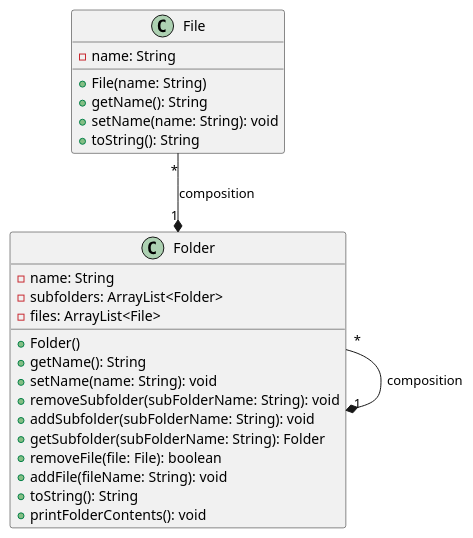
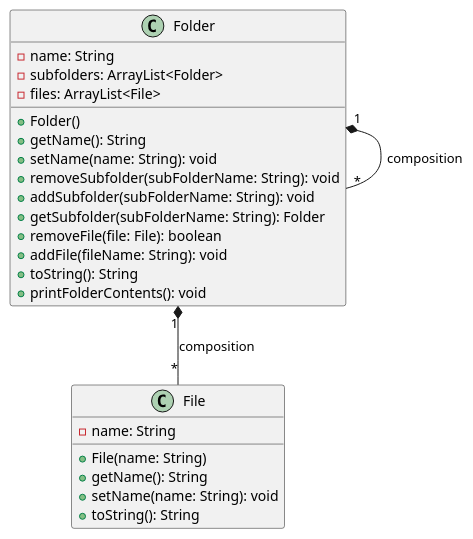
Before and after one commit to fidelisprasetyo/CS5800: the diagram in hw3/Class Diagram/Composition.puml, drawn with PlantUML. The commit also changed 4 other files, not shown here.

```diff
--- a/hw3/Class Diagram/Composition.puml
+++ b/hw3/Class Diagram/Composition.puml
@@ -1,28 +1,28 @@
 @startuml
 class File {
     - name: String
     + File(name: String)
     + getName(): String
     + setName(name: String): void
     + toString(): String
 }
 
 class Folder {
     - name: String
     - subfolders: ArrayList<Folder>
     - files: ArrayList<File>
     + Folder()
     + getName(): String
     + setName(name: String): void
     + removeSubfolder(subFolderName: String): void
     + addSubfolder(subFolderName: String): void
     + getSubfolder(subFolderName: String): Folder
     + removeFile(file: File): boolean
     + addFile(fileName: String): void
     + toString(): String
     + printFolderContents(): void
 }
 
-File "*" --* "1" Folder : composition
-Folder "*" --* "1" Folder : composition
+Folder "1" *-- "*" File : composition
+Folder "1" *-- "*" Folder : composition
 @enduml
```
